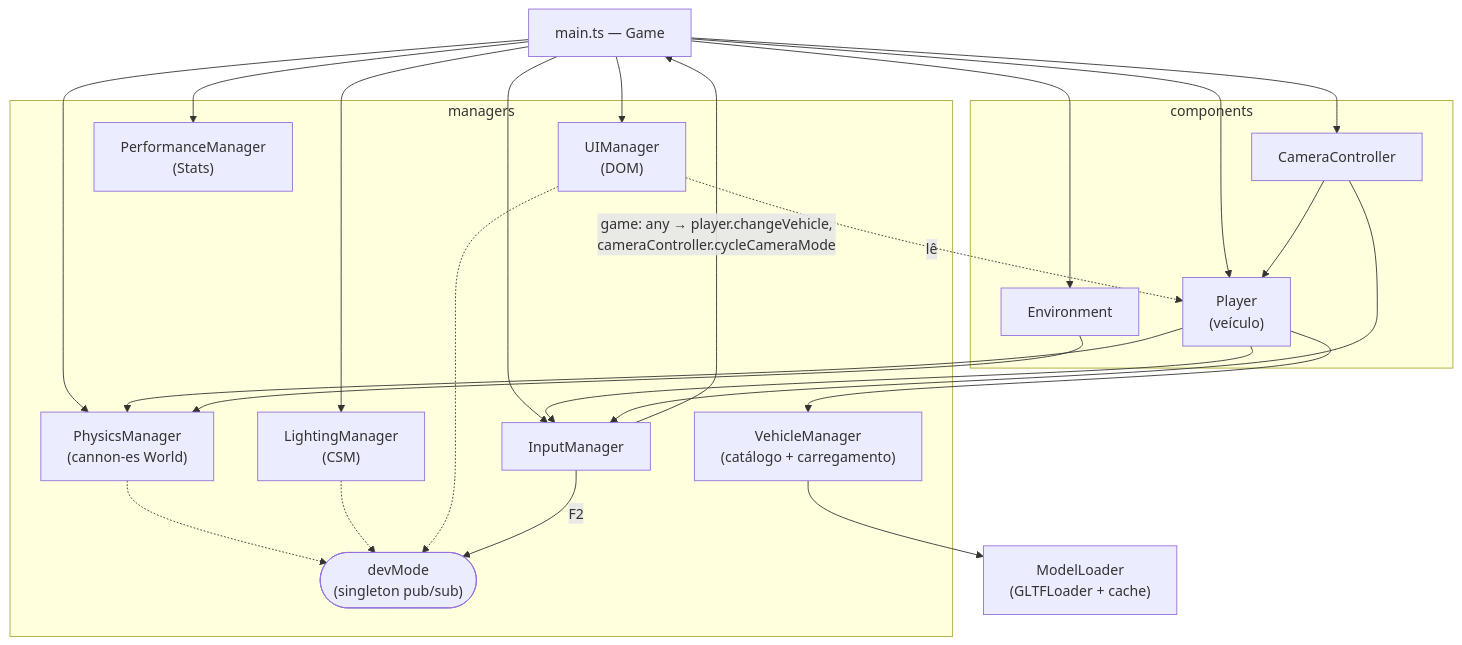
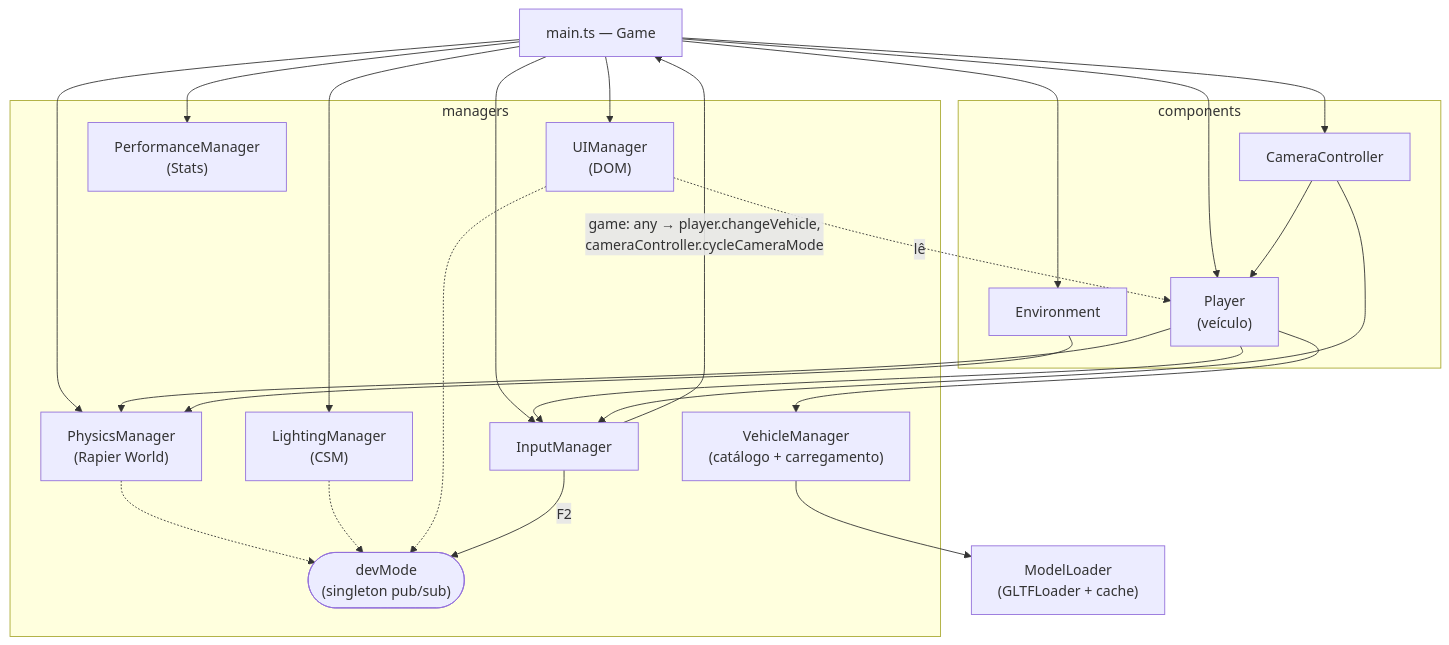
The first of 2 diagrams in ARCHITECTURE.md (leo-pansonato/portfolio-three.js), drawn with Mermaid before and after one commit. The commit also changed other lines of this file and 4 other files, not shown here.

First line of the commit message:
docs: atualizar arquitetura e roadmap para a física em Rapier

````diff
--- a/ARCHITECTURE.md
+++ b/ARCHITECTURE.md
@@ -21,33 +21,33 @@
 ```mermaid
 flowchart TD
     main["main.ts — Game"]
     subgraph managers
-        PM["PhysicsManager<br/>(cannon-es World)"]
+        PM["PhysicsManager<br/>(Rapier World)"]
         IM["InputManager"]
         LM["LightingManager<br/>(CSM)"]
         UI["UIManager<br/>(DOM)"]
         PerfM["PerformanceManager<br/>(Stats)"]
         VM["VehicleManager<br/>(catálogo + carregamento)"]
         DM(["devMode<br/>(singleton pub/sub)"])
     end
     subgraph components
         P["Player<br/>(veículo)"]
         CC["CameraController"]
         Env["Environment"]
     end
     ML["ModelLoader<br/>(GLTFLoader + cache)"]
 
     main --> PM & IM & LM & UI & PerfM & Env & P & CC
     P --> PM
     P --> IM
     P --> VM --> ML
     CC --> P
     CC --> IM
     Env --> PM
     UI -. lê .-> P
     IM -- "game: any → player.changeVehicle,<br/>cameraController.cycleCameraMode" --> main
     PM -.-> DM
     LM -.-> DM
     UI -.-> DM
     IM -- F2 --> DM
 ```
````
